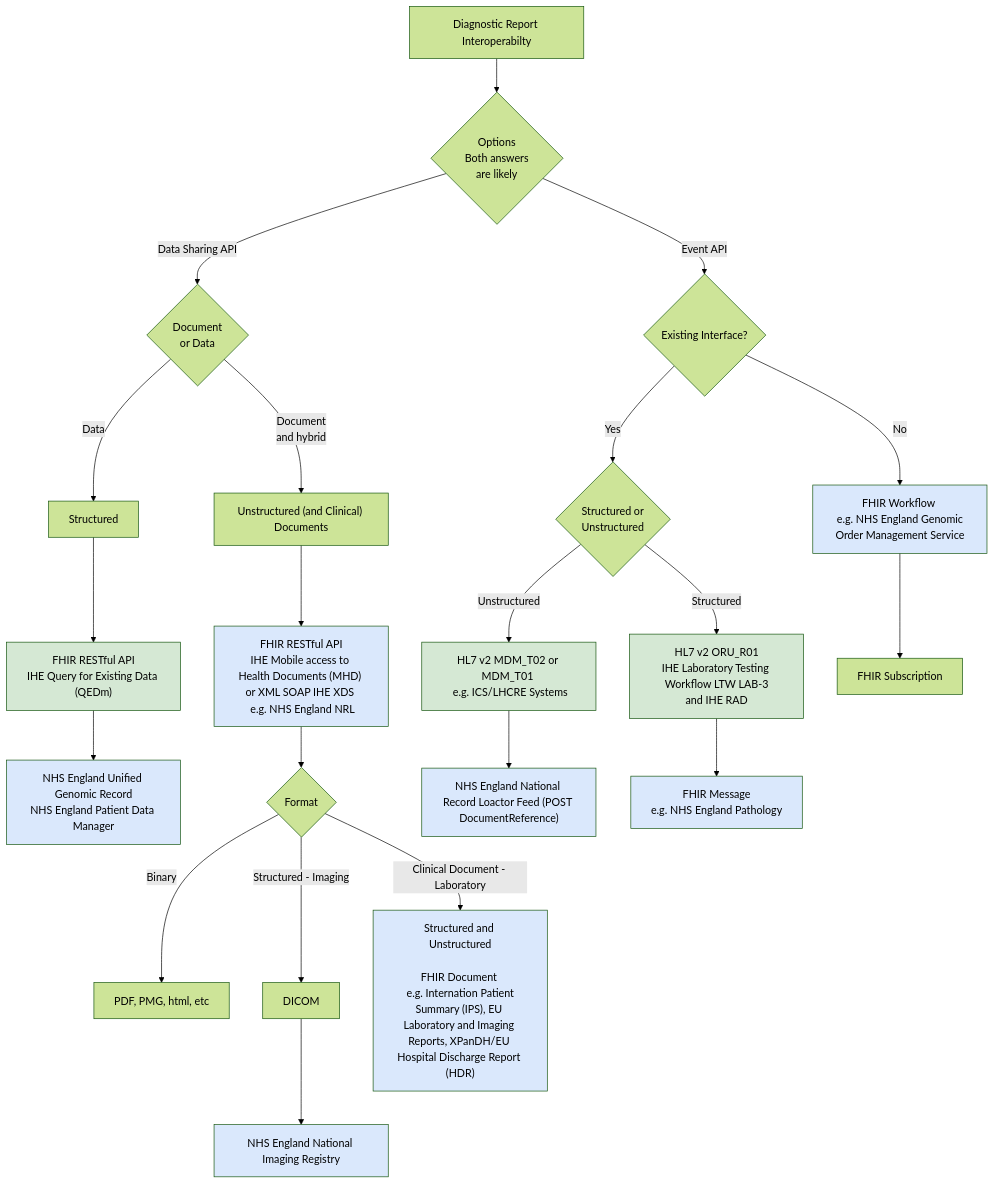
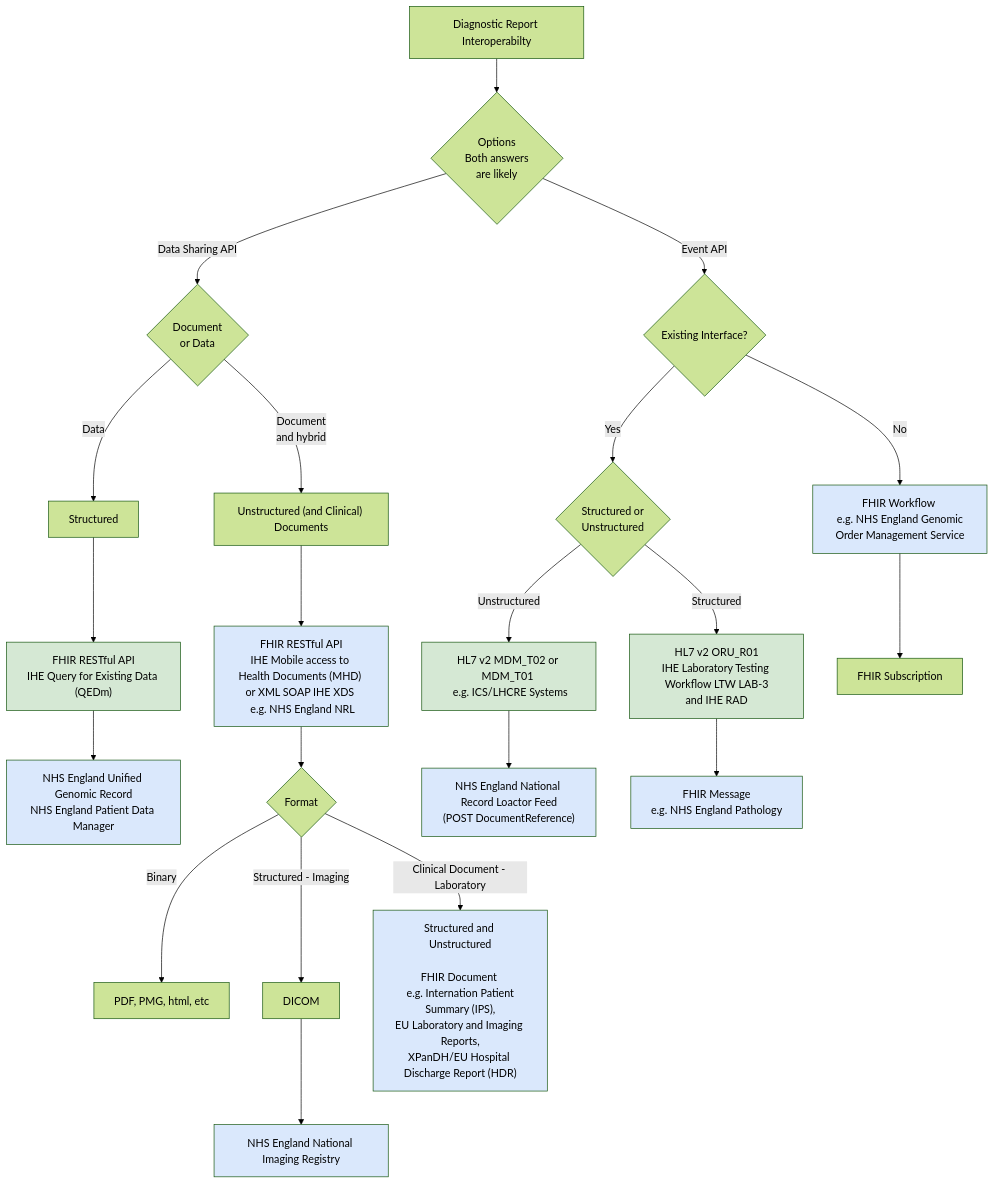
Before and after one commit to uk-gov-mirror/nw-gmsa.nw-gmsa.github.com: the diagram in input/pagecontent/architecture.md, drawn with Mermaid (forest theme).

Commit message:
Interoperability options

````diff
--- a/input/pagecontent/architecture.md
+++ b/input/pagecontent/architecture.md
@@ -26,29 +26,29 @@
 ```mermaid
 graph TD
     B[Diagnostic Report Interoperabilty] --> C{"Options <br/>Both answers<br/>are likely"}
     C -->|Event API| D{Existing Interface?}
     C -->|Data Sharing API| E{Document <br/>or Data}
     E --> |Data| Data[Structured]
     E --> |Document<br/>and hybrid| Documents["Unstructured (and Clinical) Documents"]
     Data --> REST["FHIR RESTful API<br/>IHE Query for Existing Data (QEDm)"]
     REST --> UGR[NHS England Unified Genomic Record<br/>NHS England Patient Data Manager]
     Documents --> XDS["FHIR RESTful API<br/>IHE Mobile access to Health Documents (MHD) <br/>or XML SOAP IHE XDS <br/> e.g. NHS England NRL"]
     XDS --> Format{Format}
     Format --> |Binary| Binary[PDF, PMG, html, etc]
     Format --> |Structured - Imaging| RAD[DICOM]
-    Format --> |Clinical Document - Laboratory| FHIRDocument["Structured and Unstructured<br/><br/>FHIR Document <br/> e.g. Internation Patient Summary (IPS), EU Laboratory and Imaging Reports, XPanDH/EU Hospital Discharge Report (HDR)"]  
+    Format --> |Clinical Document - Laboratory| FHIRDocument["Structured and Unstructured<br/><br/>FHIR Document <br/> e.g. Internation Patient Summary (IPS),<br/>EU Laboratory and Imaging Reports,<br/>XPanDH/EU Hospital Discharge Report (HDR)"]  
     D --> |Yes| V2{Structured or<br/>Unstructured} 
     V2 --> |Structured| LTW[HL7 v2 ORU_R01<br/>IHE Laboratory Testing Workflow LTW LAB-3<br/>and IHE RAD]
     V2 --> |Unstructured| MDM[HL7 v2 MDM_T02 or MDM_T01 <br/> e.g. ICS/LHCRE Systems]
-    MDM --> NRL["NHS England National Record Loactor Feed (POST DocumentReference)<br/>"]
+    MDM --> NRL["NHS England National Record Loactor Feed<br/>(POST DocumentReference)<br/>"]
     D --> |No| Workflow[FHIR Workflow <br/> e.g. NHS England Genomic Order Management Service]
     Workflow --> PubSub[FHIR Subscription]
     LTW --> Pathology[FHIR Message <br/> e.g. NHS England Pathology]
     RAD --> NIR[NHS England National Imaging Registry]
 
     classDef blue fill:#DAE8FC;
     classDef green fill:#D5E8D4;
 
     class Pathology,UGR,NIR,FHIRDocument,XDS,NRL,Workflow blue
     class LTW,REST,MDM green
 ```
````
